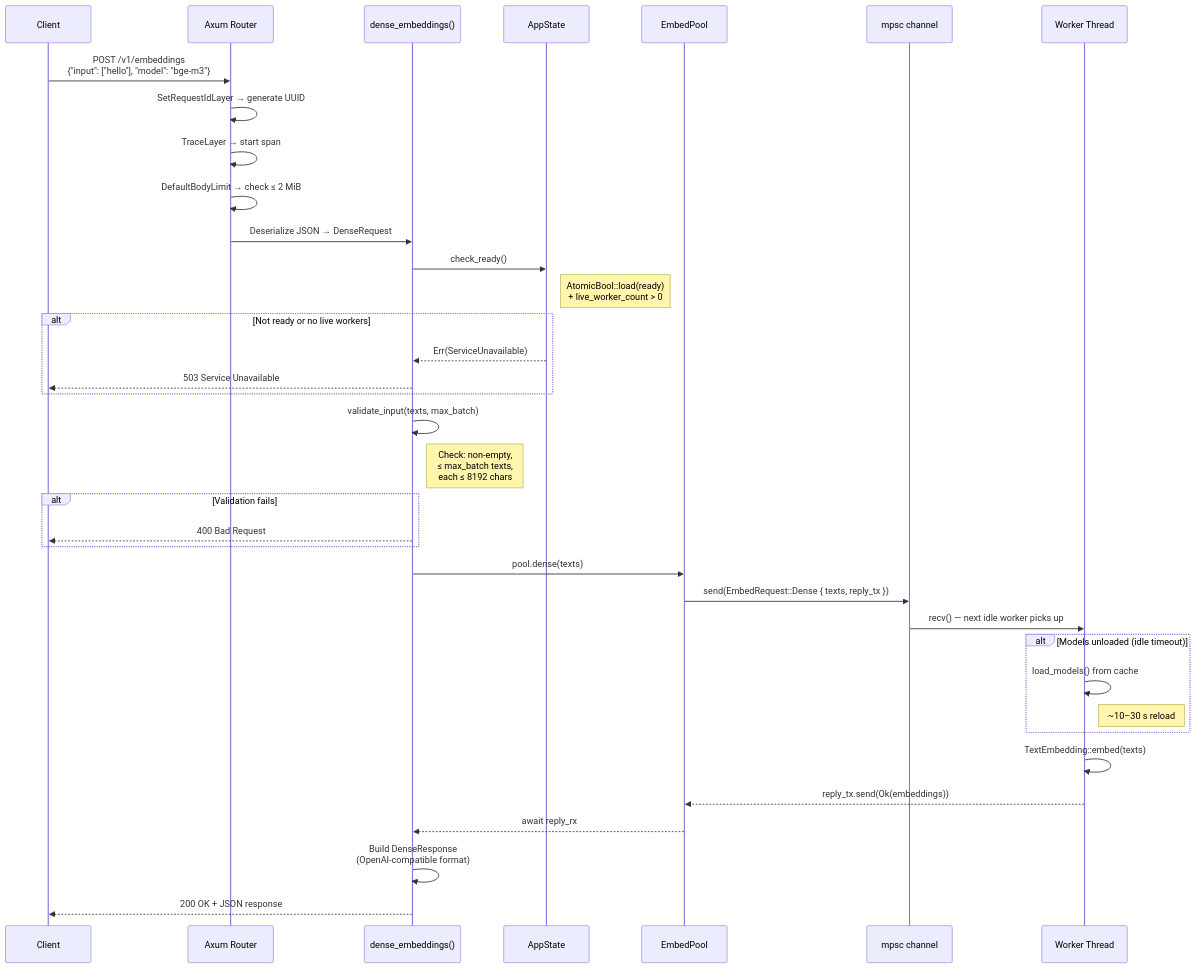
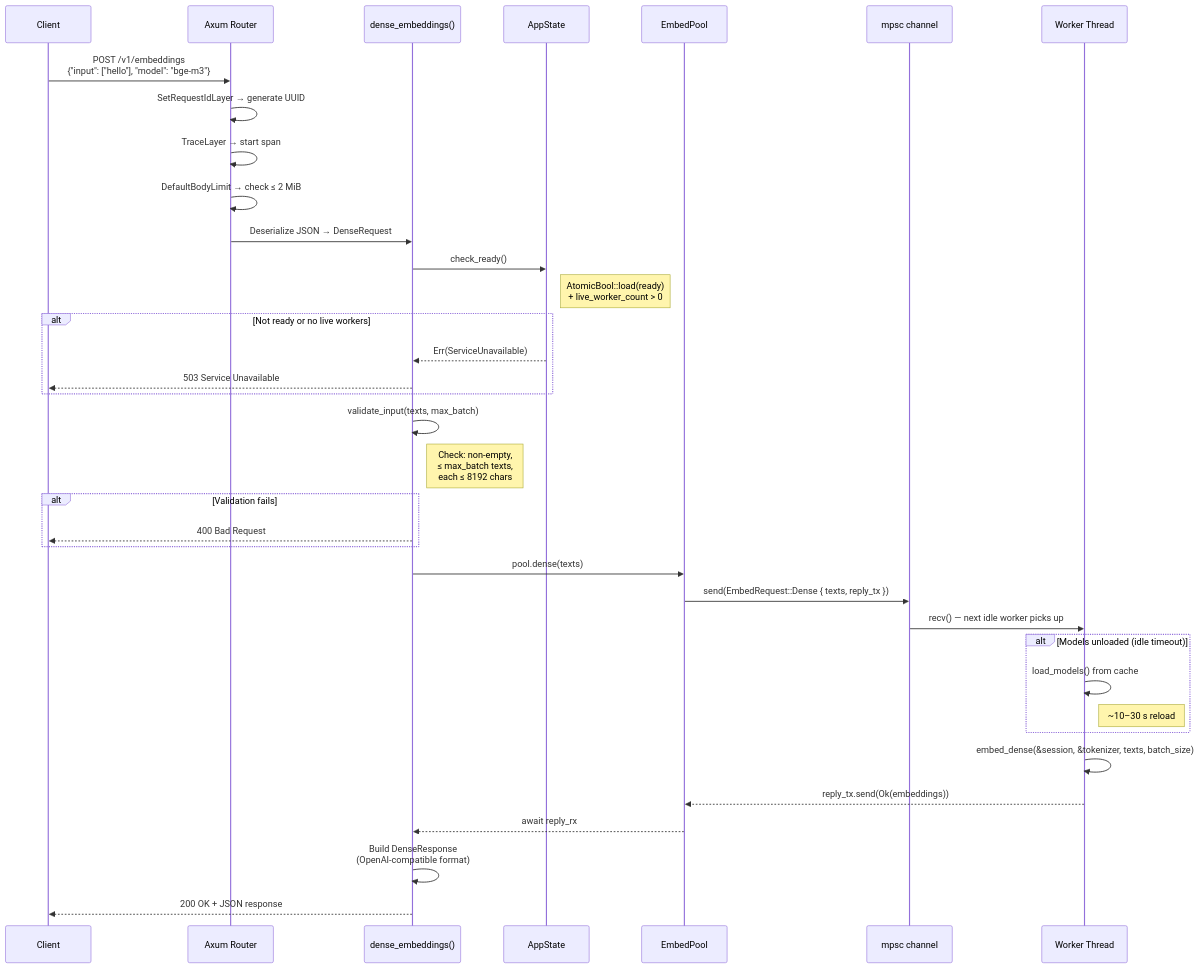
The first of 4 diagrams in docs/request-flow.md (Fulton-Engineering-Services/bge-m3-embedding-server), drawn with Mermaid before and after one commit. The commit also changed other lines of this file and 3 other files, not shown here.

````diff
--- a/docs/request-flow.md
+++ b/docs/request-flow.md
@@ -10,47 +10,47 @@
 ```mermaid
 sequenceDiagram
     participant Client
     participant Router as Axum Router
     participant Handler as dense_embeddings()
     participant State as AppState
     participant Pool as EmbedPool
     participant Channel as mpsc channel
     participant Worker as Worker Thread
 
     Client->>Router: POST /v1/embeddings<br/>{"input": ["hello"], "model": "bge-m3"}
     Router->>Router: SetRequestIdLayer → generate UUID
     Router->>Router: TraceLayer → start span
     Router->>Router: DefaultBodyLimit → check ≤ 2 MiB
     Router->>Handler: Deserialize JSON → DenseRequest
 
     Handler->>State: check_ready()
     Note right of State: AtomicBool::load(ready)<br/>+ live_worker_count > 0
 
     alt Not ready or no live workers
         State-->>Handler: Err(ServiceUnavailable)
         Handler-->>Client: 503 Service Unavailable
     end
 
     Handler->>Handler: validate_input(texts, max_batch)
     Note right of Handler: Check: non-empty,<br/>≤ max_batch texts,<br/>each ≤ 8192 chars
 
     alt Validation fails
         Handler-->>Client: 400 Bad Request
     end
 
     Handler->>Pool: pool.dense(texts)
     Pool->>Channel: send(EmbedRequest::Dense { texts, reply_tx })
     Channel->>Worker: recv() — next idle worker picks up
 
     alt Models unloaded (idle timeout)
         Worker->>Worker: load_models() from cache
         Note right of Worker: ~10–30 s reload
     end
 
-    Worker->>Worker: TextEmbedding::embed(texts)
+    Worker->>Worker: embed_dense(&session, &tokenizer, texts, batch_size)
     Worker-->>Pool: reply_tx.send(Ok(embeddings))
     Pool-->>Handler: await reply_rx
 
     Handler->>Handler: Build DenseResponse<br/>(OpenAI-compatible format)
     Handler-->>Client: 200 OK + JSON response
 ```
````
